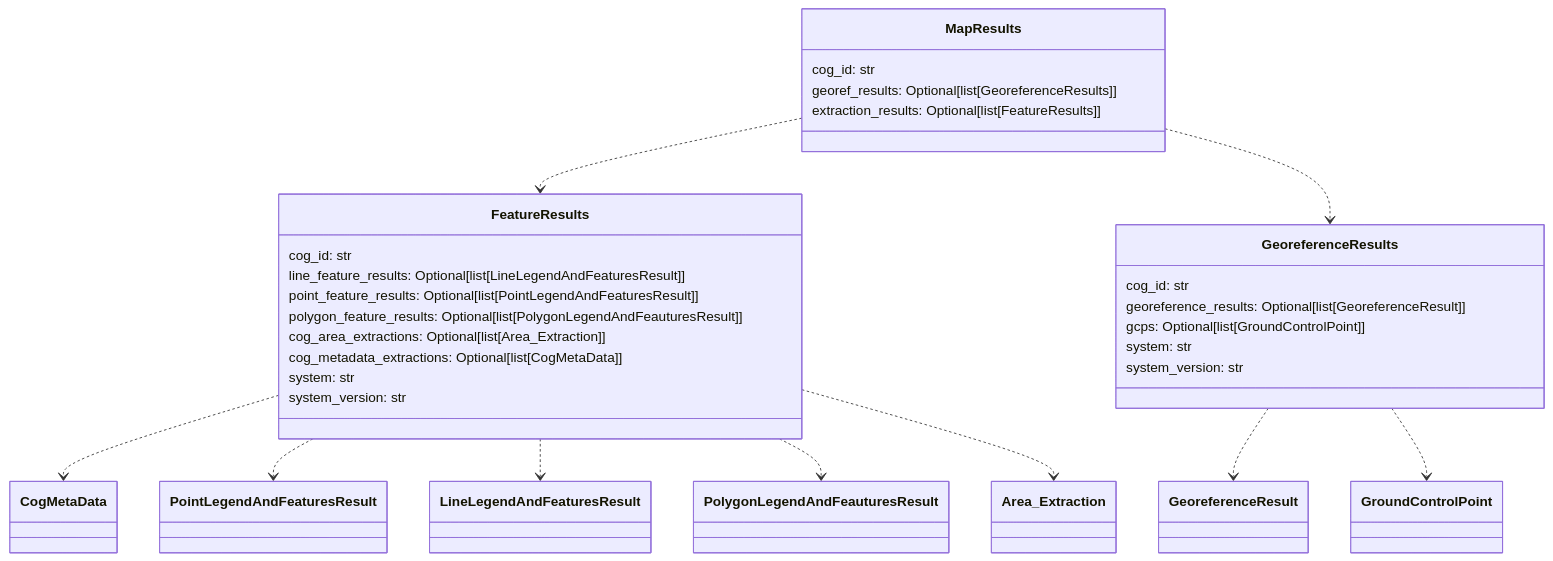
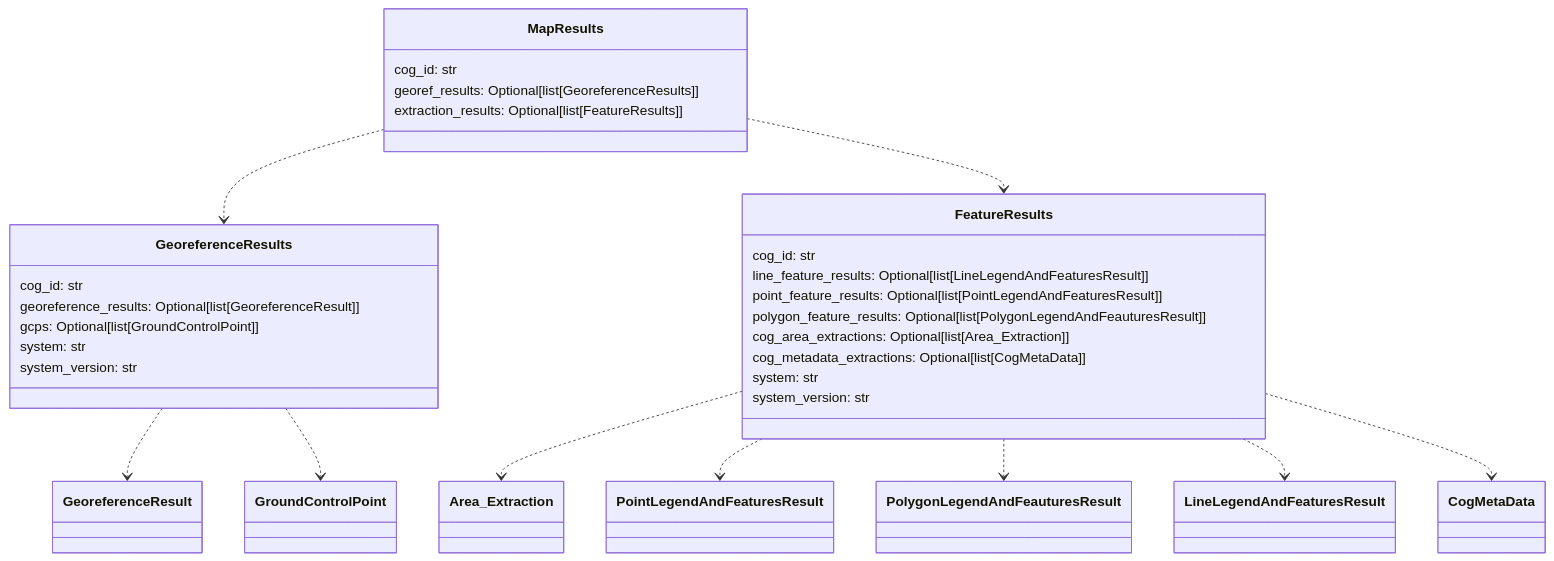
Before and after one commit to DARPA-CRITICALMAAS/cdr_schemas: diagram 11 of 12 in README.md, drawn with Mermaid. The commit also changed other lines of this file and 4 other files, not shown here.

````diff
--- a/README.md
+++ b/README.md
@@ -820,40 +863,40 @@
 ```mermaid
 classDiagram
 
-    class MapResults {
+    class GeoreferenceResults {
         cog_id: str
-        georef_results: Optional[list[GeoreferenceResults]]
-        extraction_results: Optional[list[FeatureResults]]
+        georeference_results: Optional[list[GeoreferenceResult]]
+        gcps: Optional[list[GroundControlPoint]]
+        system: str
+        system_version: str
     }
 
     class FeatureResults {
         cog_id: str
         line_feature_results: Optional[list[LineLegendAndFeaturesResult]]
         point_feature_results: Optional[list[PointLegendAndFeaturesResult]]
         polygon_feature_results: Optional[list[PolygonLegendAndFeauturesResult]]
         cog_area_extractions: Optional[list[Area_Extraction]]
         cog_metadata_extractions: Optional[list[CogMetaData]]
         system: str
         system_version: str
     }
 
-    class GeoreferenceResults {
+    class MapResults {
         cog_id: str
-        georeference_results: Optional[list[GeoreferenceResult]]
-        gcps: Optional[list[GroundControlPoint]]
-        system: str
-        system_version: str
+        georef_results: Optional[list[GeoreferenceResults]]
+        extraction_results: Optional[list[FeatureResults]]
     }
 
+    FeatureResults ..> Area_Extraction
+    FeatureResults ..> PointLegendAndFeaturesResult
+    FeatureResults ..> PolygonLegendAndFeauturesResult
+    FeatureResults ..> LineLegendAndFeaturesResult
     FeatureResults ..> CogMetaData
-    FeatureResults ..> PointLegendAndFeaturesResult
-    FeatureResults ..> LineLegendAndFeaturesResult
-    FeatureResults ..> PolygonLegendAndFeauturesResult
-    FeatureResults ..> Area_Extraction
     GeoreferenceResults ..> GeoreferenceResult
     GeoreferenceResults ..> GroundControlPoint
+    MapResults ..> GeoreferenceResults
     MapResults ..> FeatureResults
-    MapResults ..> GeoreferenceResults
 
 
 ```
````
